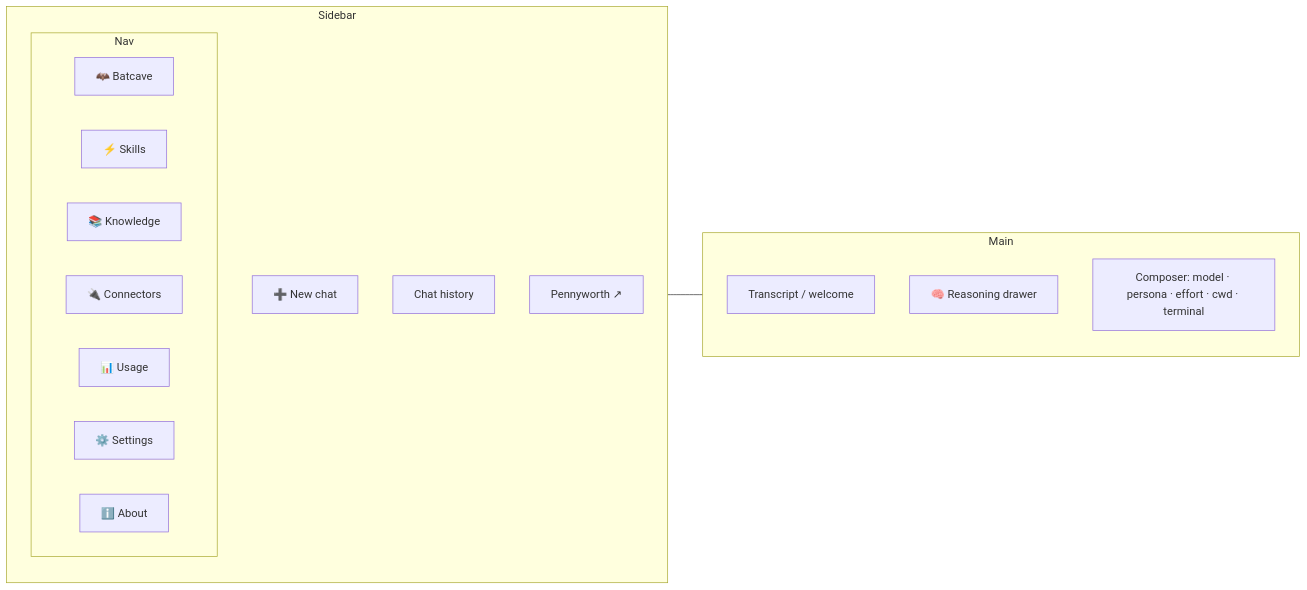
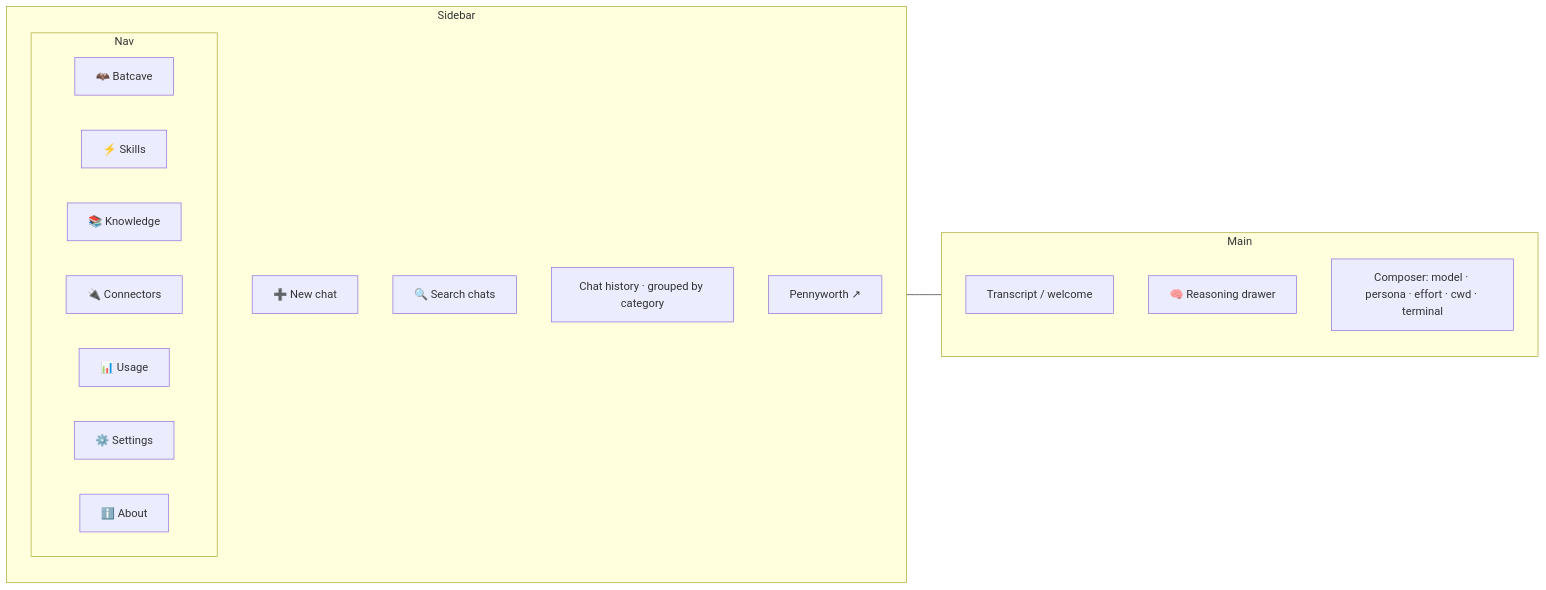
Before and after one commit to elbazon/pennyworth: the diagram in docs/desktop-app.md, drawn with Mermaid. The commit also changed other lines of this file and 10 other files, not shown here.

````diff
--- a/docs/desktop-app.md
+++ b/docs/desktop-app.md
@@ -11,23 +16,24 @@
 ```mermaid
 flowchart LR
   subgraph Sidebar
     NC[➕ New chat]
-    H[Chat history]
+    SR[🔍 Search chats]
+    H[Chat history · grouped by category]
     subgraph Nav
       BC[🦇 Batcave]
       SK[⚡ Skills]
       KN[📚 Knowledge]
       MC[🔌 Connectors]
       US[📊 Usage]
       ST[⚙️ Settings]
       AB[ℹ️ About]
     end
     BR[Pennyworth ↗]
   end
   subgraph Main
     T[Transcript / welcome]
     BD[🧠 Reasoning drawer]
     CMP[Composer: model · persona · effort · cwd · terminal]
   end
   Sidebar --- Main
 ```
````
